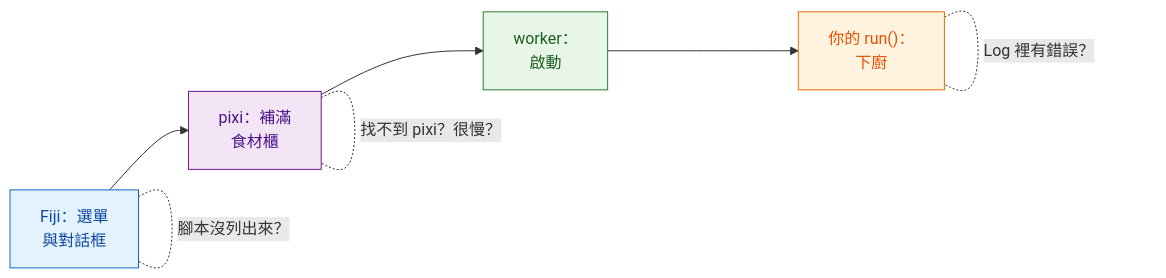
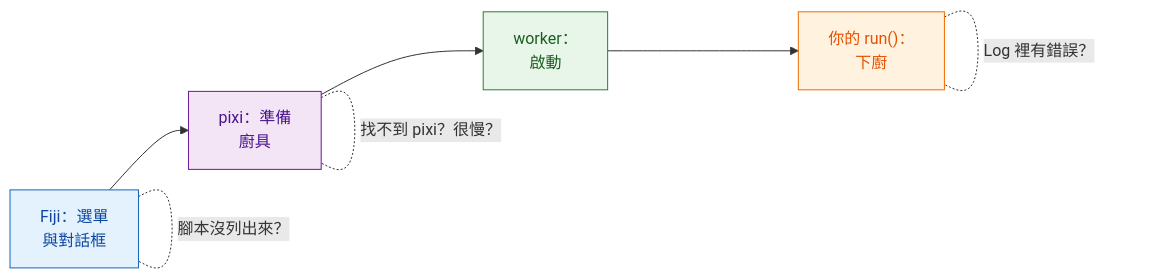
The diagram in guide/help/troubleshooting.zh-Hant.md (Oxford-Zeiss-Centre-of-Excellence/Wavu), drawn with Mermaid before and after one commit. The commit also changed other lines of this file and 221 other files, not shown here.

````diff
--- a/guide/help/troubleshooting.zh-Hant.md
+++ b/guide/help/troubleshooting.zh-Hant.md
@@ -7,12 +7,12 @@
 ```mermaid
 flowchart LR
-    A["Fiji：選單<br/>與對話框"]:::fiji --> B["pixi：補滿<br/>食材櫃"]:::env --> C["worker：<br/>啟動"]:::worker --> D["你的 run()：<br/>下廚"]:::script
+    A["Fiji：選單<br/>與對話框"]:::fiji --> B["pixi：準備<br/>廚具"]:::env --> C["worker：<br/>啟動"]:::worker --> D["你的 run()：<br/>下廚"]:::script
     A -. "腳本沒列出來？" .- A
     B -. "找不到 pixi？很慢？" .- B
     D -. "Log 裡有錯誤？" .- D
 
     classDef fiji   fill:#e3f2fd,stroke:#1565c0,color:#0d47a1
     classDef worker fill:#e8f5e9,stroke:#2e7d32,color:#1b5e20
     classDef script fill:#fff3e0,stroke:#ef6c00,color:#e65100
     classDef env    fill:#f3e5f5,stroke:#6a1b9a,color:#4a148c
 ```
````
